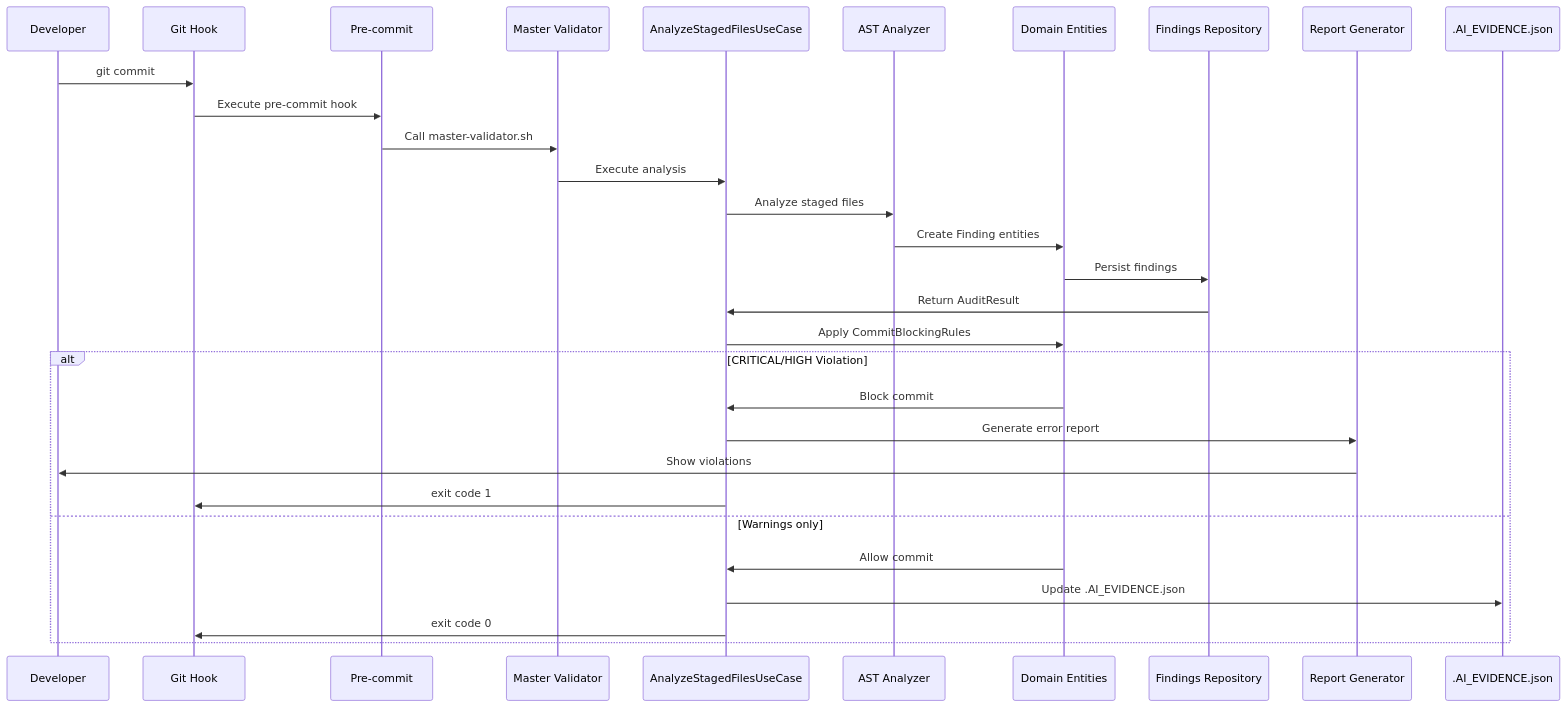
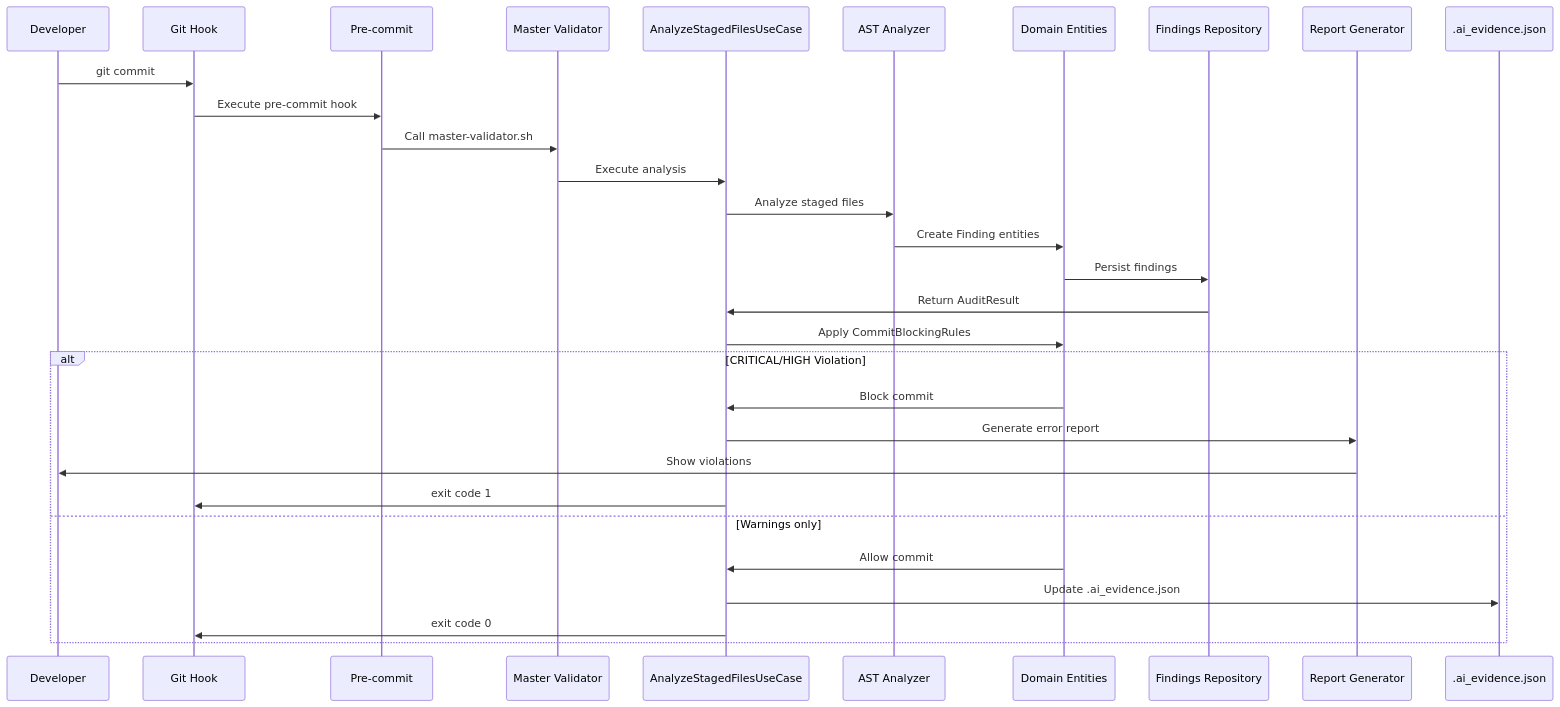
The second of 8 diagrams in docs/ARCHITECTURE_DETAILED.md (SwiftEnProfundidad/ast-intelligence-hooks), drawn with Mermaid before and after one commit. The commit also changed other lines of this file and 8 other files, not shown here.

Commit message:
docs(evidence): unify references to .ai_evidence.json

````diff
--- a/docs/ARCHITECTURE_DETAILED.md
+++ b/docs/ARCHITECTURE_DETAILED.md
@@ -80,35 +80,35 @@
 ```mermaid
 sequenceDiagram
     participant Dev as Developer
     participant Git as Git Hook
     participant PreCommit as Pre-commit
     participant MasterVal as Master Validator
     participant UseCase as AnalyzeStagedFilesUseCase
     participant AST as AST Analyzer
     participant Domain as Domain Entities
     participant Repo as Findings Repository
     participant Report as Report Generator
-    participant Evidence as .AI_EVIDENCE.json
+    participant Evidence as .ai_evidence.json
 
     Dev->>Git: git commit
     Git->>PreCommit: Execute pre-commit hook
     PreCommit->>MasterVal: Call master-validator.sh
     
     MasterVal->>UseCase: Execute analysis
     UseCase->>AST: Analyze staged files
     AST->>Domain: Create Finding entities
     Domain->>Repo: Persist findings
     Repo->>UseCase: Return AuditResult
     
     UseCase->>Domain: Apply CommitBlockingRules
     alt CRITICAL/HIGH Violation
         Domain->>UseCase: Block commit
         UseCase->>Report: Generate error report
         Report->>Dev: Show violations
         UseCase->>Git: exit code 1
     else Warnings only
         Domain->>UseCase: Allow commit
-        UseCase->>Evidence: Update .AI_EVIDENCE.json
+        UseCase->>Evidence: Update .ai_evidence.json
         UseCase->>Git: exit code 0
     end
 ```
````
